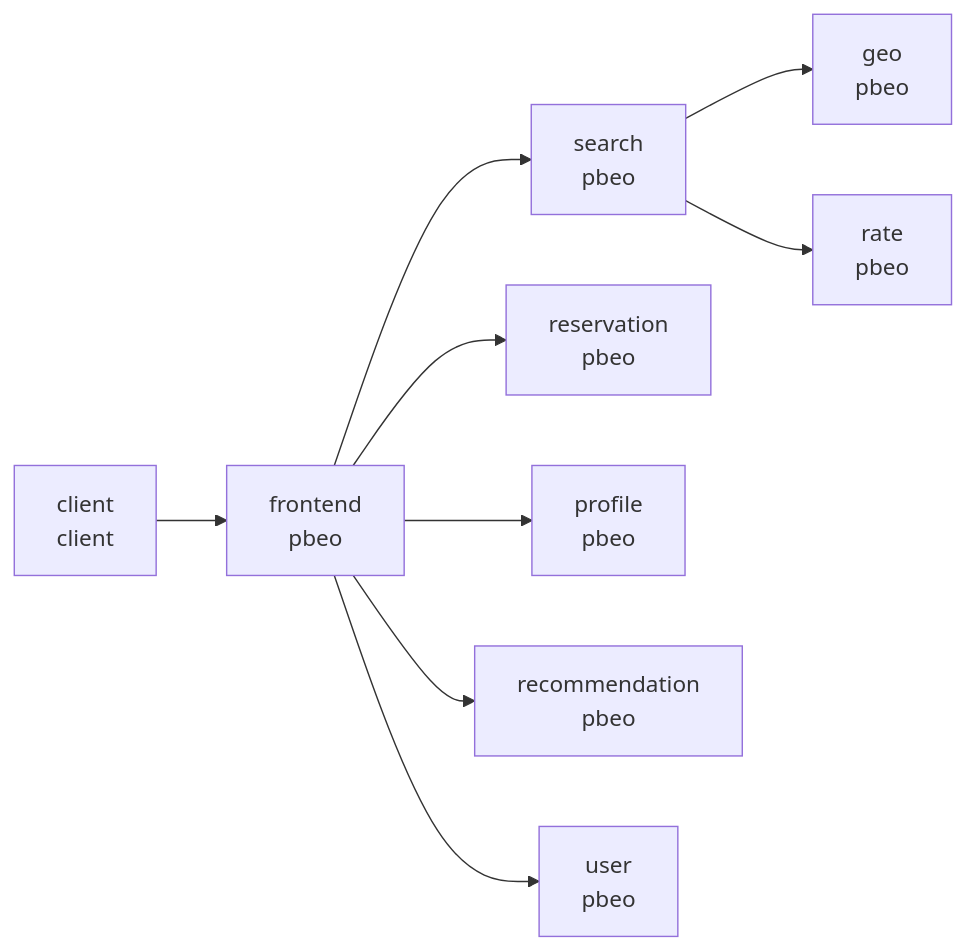
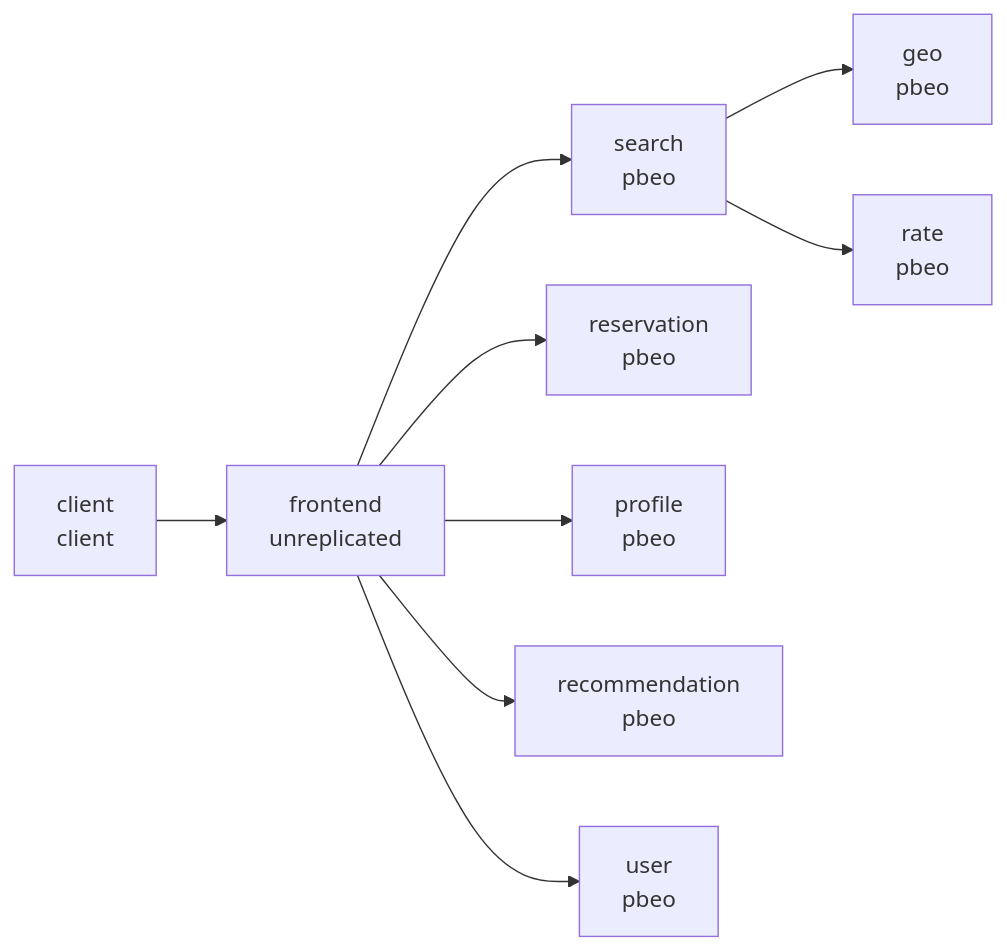
Before and after one commit to jaydent4/aegean-clone: the diagram in experiment/topologies/hotel_hotels_pbeo.md, drawn with Mermaid. The commit also changed 1 other file, not shown here.

Commit message:
Update hotel_hotels_pbeo to have an unreplicated frontend service

````diff
--- a/experiment/topologies/hotel_hotels_pbeo.md
+++ b/experiment/topologies/hotel_hotels_pbeo.md
@@ -5,21 +5,21 @@
 ```mermaid
 flowchart LR
   client["client<br/>client"]
-  frontend["frontend<br/>pbeo"]
+  frontend["frontend<br/>unreplicated"]
   search["search<br/>pbeo"]
   geo["geo<br/>pbeo"]
   rate["rate<br/>pbeo"]
   reservation["reservation<br/>pbeo"]
   profile["profile<br/>pbeo"]
   recommendation["recommendation<br/>pbeo"]
   user["user<br/>pbeo"]
 
   client --> frontend
   frontend --> search
   search --> geo
   search --> rate
   frontend --> reservation
   frontend --> profile
   frontend --> recommendation
   frontend --> user
 ```
````
